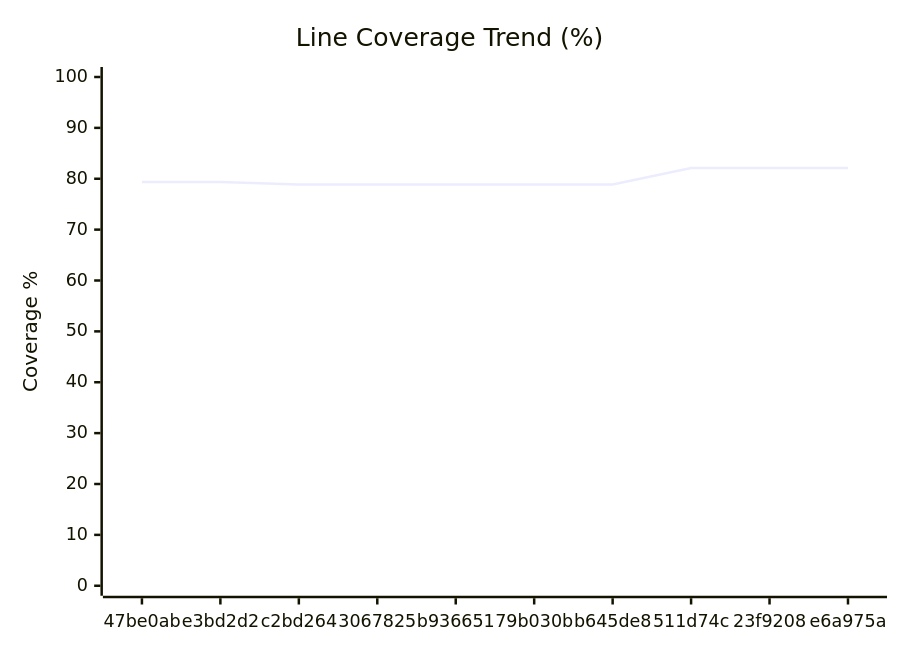
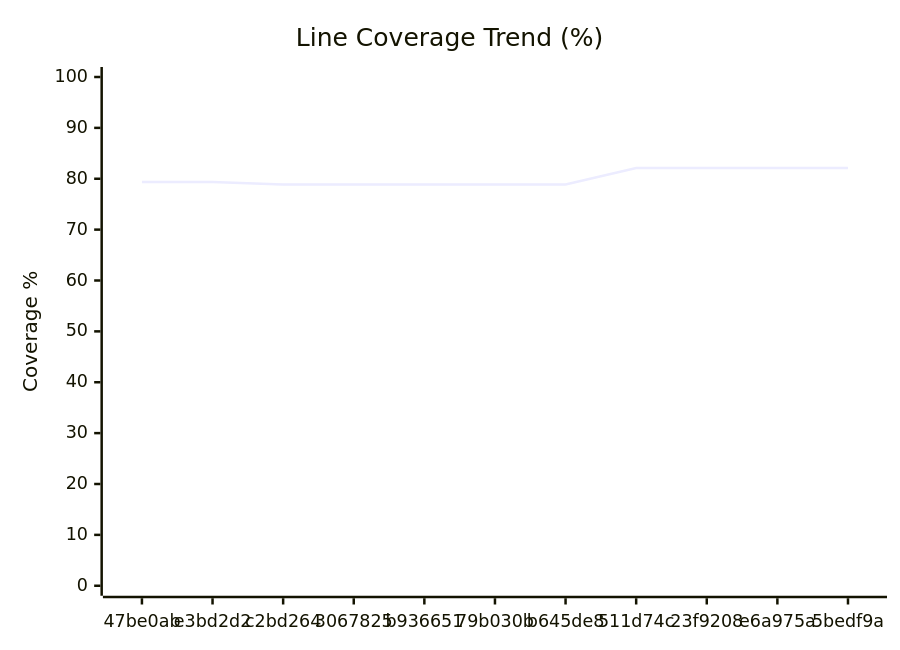
One commit to googlemaps/android-maps-testing changed the diagram in COVERAGE.md. Above: the diagram before and after it, drawn with Mermaid. The commit also changed other lines of this file and 2 other files, not shown here.

Commit message:
chore: record unit coverage

````diff
--- a/COVERAGE.md
+++ b/COVERAGE.md
@@ -52,7 +52,7 @@
 ```mermaid
 xychart-beta
     title "Line Coverage Trend (%)"
-    x-axis ["47be0ab", "e3bd2d2", "c2bd264", "3067825", "b936651", "79b030b", "b645de8", "511d74c", "23f9208", "e6a975a"]
+    x-axis ["47be0ab", "e3bd2d2", "c2bd264", "3067825", "b936651", "79b030b", "b645de8", "511d74c", "23f9208", "e6a975a", "5bedf9a"]
     y-axis "Coverage %" 0 --> 100
-    line [79.34, 79.34, 78.88, 78.88, 78.88, 78.88, 78.88, 82.12, 82.12, 82.12]
+    line [79.34, 79.34, 78.88, 78.88, 78.88, 78.88, 78.88, 82.12, 82.12, 82.12, 82.12]
 ```
````
